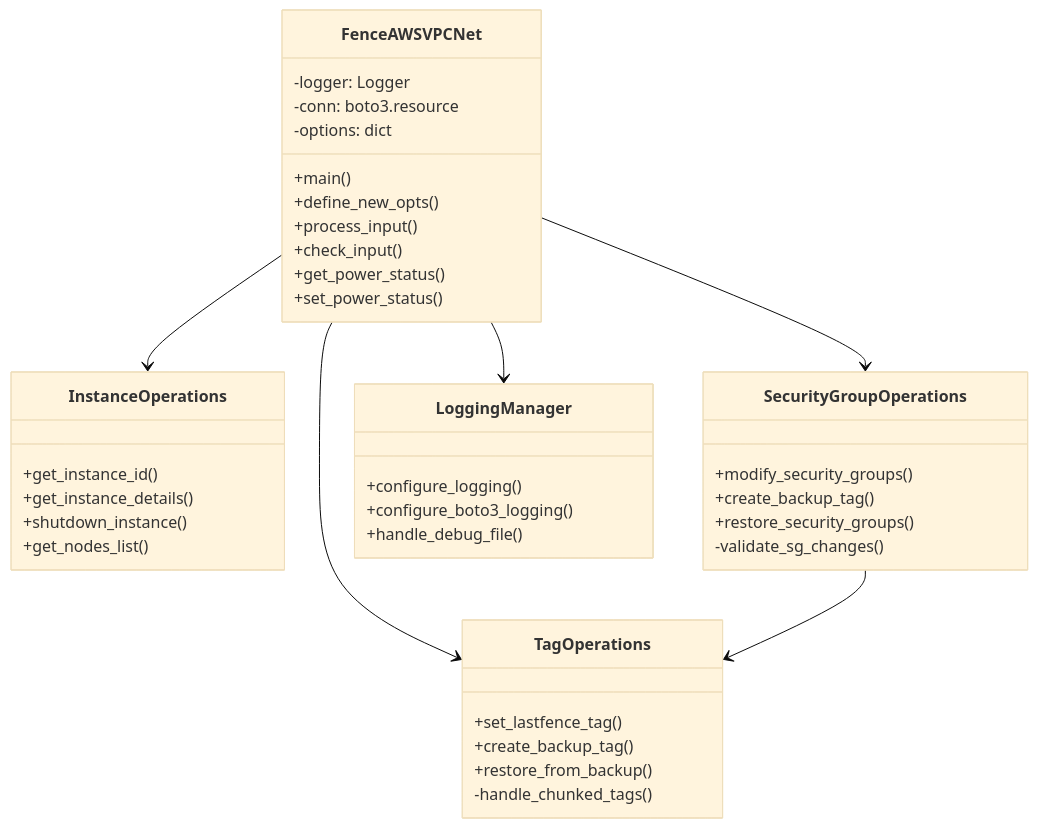
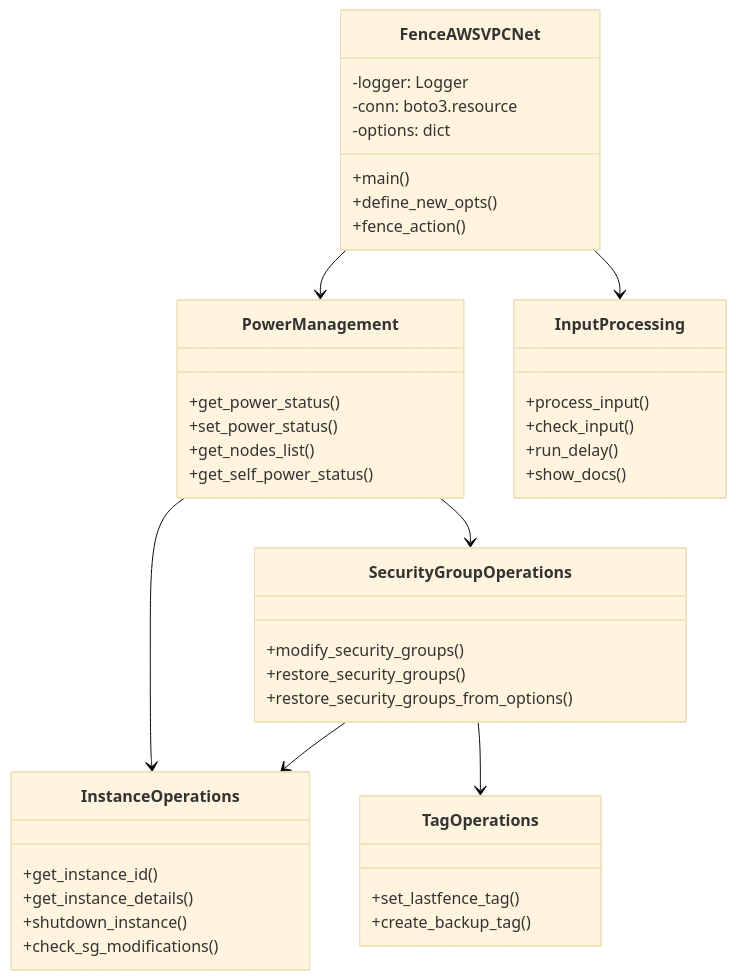
Before and after one commit to ClusterLabs/fence-agents: the first of 3 diagrams in agents/aws_vpc_net/readme.md, drawn with Mermaid (base theme). The commit also changed other lines of this file and 2 other files, not shown here.

Commit message:
fence_aws_vpc_net: new fence agent for AWS VPC Net

````diff
--- a/agents/aws_vpc_net/readme.md
+++ b/agents/aws_vpc_net/readme.md
@@ -9,47 +9,50 @@
 ```mermaid
 classDiagram
     class FenceAWSVPCNet {
         -logger: Logger
         -conn: boto3.resource
         -options: dict
         +main()
         +define_new_opts()
-        +process_input()
-        +check_input()
+        +fence_action()
+    }
+
+    class PowerManagement {
         +get_power_status()
         +set_power_status()
+        +get_nodes_list()
+        +get_self_power_status()
     }
 
     class InstanceOperations {
         +get_instance_id()
         +get_instance_details()
         +shutdown_instance()
-        +get_nodes_list()
+        +check_sg_modifications()
     }
 
     class SecurityGroupOperations {
         +modify_security_groups()
-        +create_backup_tag()
         +restore_security_groups()
-        -validate_sg_changes()
+        +restore_security_groups_from_options()
     }
 
     class TagOperations {
         +set_lastfence_tag()
         +create_backup_tag()
-        +restore_from_backup()
-        -handle_chunked_tags()
     }
 
-    class LoggingManager {
-        +configure_logging()
-        +configure_boto3_logging()
-        +handle_debug_file()
+    class InputProcessing {
+        +process_input()
+        +check_input()
+        +run_delay()
+        +show_docs()
     }
 
-    FenceAWSVPCNet --> InstanceOperations
-    FenceAWSVPCNet --> SecurityGroupOperations
-    FenceAWSVPCNet --> TagOperations
-    FenceAWSVPCNet --> LoggingManager
+    FenceAWSVPCNet --> PowerManagement
+    FenceAWSVPCNet --> InputProcessing
+    PowerManagement --> InstanceOperations
+    PowerManagement --> SecurityGroupOperations
     SecurityGroupOperations --> TagOperations
+    SecurityGroupOperations --> InstanceOperations
 ```
````
